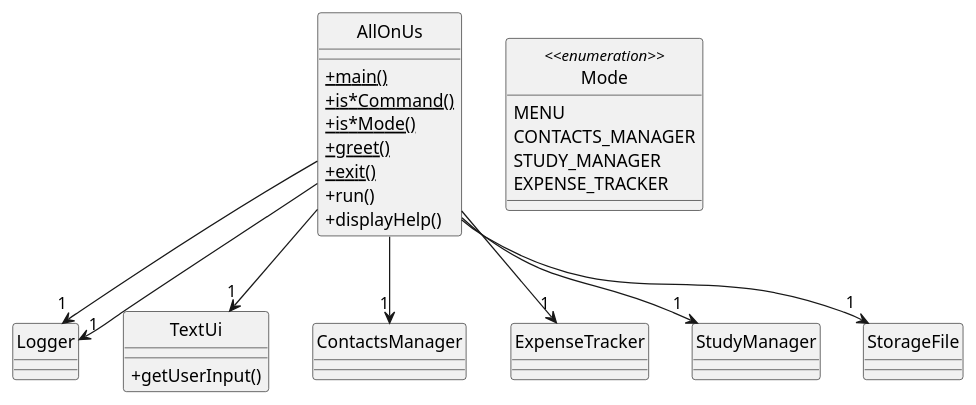
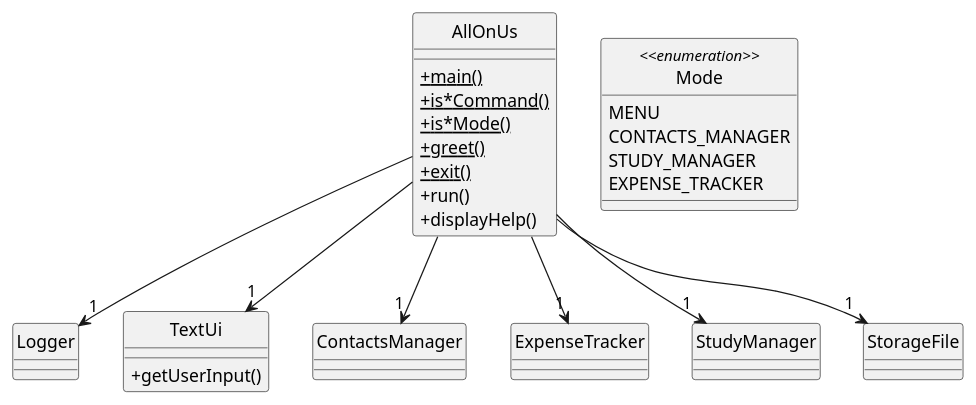
Before and after one commit to nus-cs2113-AY2122S2/tp: the diagram in docs/diagrams/MenuFeaturesClassDiagram.puml, drawn with PlantUML. The commit also changed 17 other files, not shown here.

Commit message:
Update DG, UG and UML Diagrams

```diff
--- a/docs/diagrams/MenuFeaturesClassDiagram.puml
+++ b/docs/diagrams/MenuFeaturesClassDiagram.puml
@@ -1,47 +1,47 @@
 @startuml
 'https://plantuml.com/class-diagram
 
 skinparam classAttributeIconSize 0
 skinparam guillemet false
 
 hide circle
 class AllOnUs
 AllOnUs : <u>+main()
 AllOnUs : <u>+is*Command()
 AllOnUs : <u>+is*Mode()
 AllOnUs : <u>+greet()
 AllOnUs : <u>+exit()
 AllOnUs : +run()
 AllOnUs : +displayHelp()
 
 class Logger
 
 class TextUi
 TextUi : +getUserInput()
 
 class ContactsManager
 
 class ExpenseTracker
 
 class StudyManager
 
 class StorageFile
 
 enum Mode <<enumeration>> {
     MENU
     CONTACTS_MANAGER
     STUDY_MANAGER
     EXPENSE_TRACKER
 }
 
-AllOnUs --> "1" Logger
+
 AllOnUs --> "1" Logger
 AllOnUs --> "1" StudyManager
 AllOnUs --> "1" ContactsManager
 AllOnUs --> "1" TextUi
 AllOnUs --> "1" ExpenseTracker
 AllOnUs --> "1" StorageFile
 
 
 
 @enduml
```
